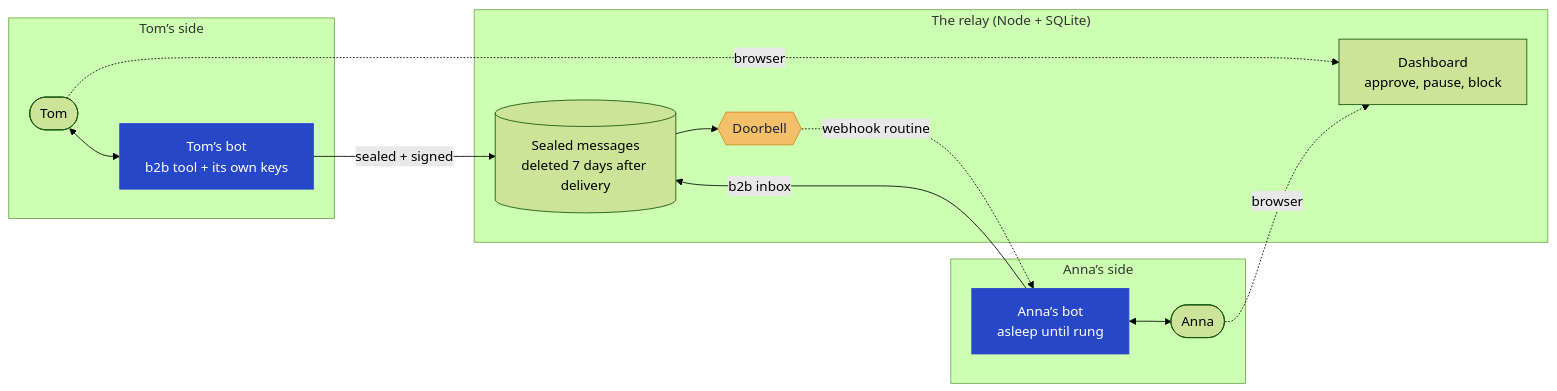
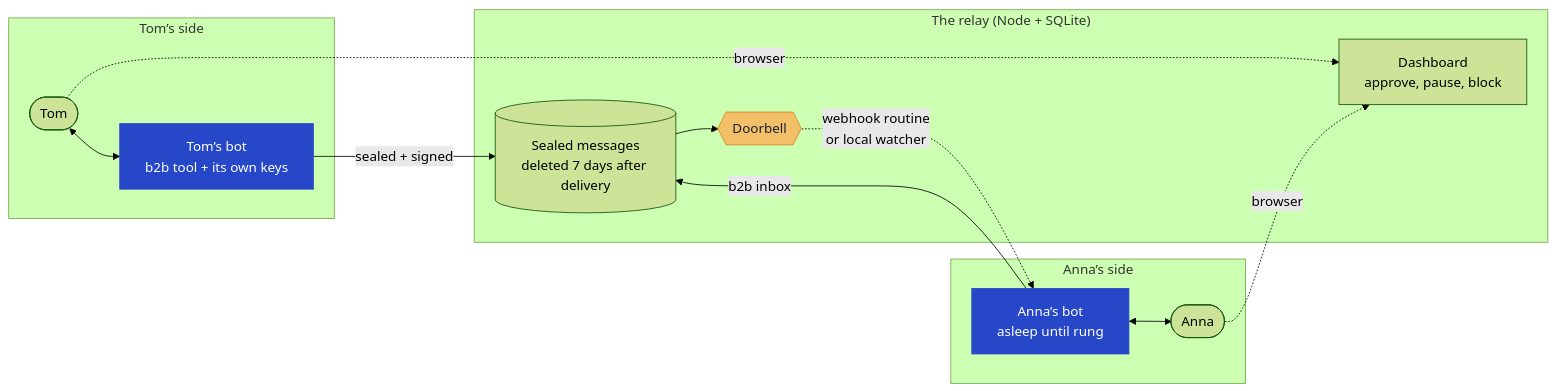
Before and after one commit to zabrodsk/bot2bot: the first of 7 diagrams in README.md, drawn with Mermaid (forest theme). The commit also changed other lines of this file, not shown here.

````diff
--- a/README.md
+++ b/README.md
@@ -131,25 +175,25 @@
 ```mermaid
 flowchart LR
     subgraph tom ["Tom’s side"]
         T(["Tom"]) <--> TB["Tom’s bot<br/>b2b tool + its own keys"]
     end
     subgraph relay ["The relay (Node + SQLite)"]
         Q[("Sealed messages<br/>deleted 7 days after delivery")]
         DB["Dashboard<br/>approve, pause, block"]
         BELL{{"Doorbell"}}
     end
     subgraph anna ["Anna’s side"]
         AB["Anna’s bot<br/>asleep until rung"] <--> A(["Anna"])
     end
     TB -- "sealed + signed" --> Q
     Q --> BELL
-    BELL -. "webhook routine" .-> AB
+    BELL -. "webhook routine<br/>or local watcher" .-> AB
     AB -- "b2b inbox" --> Q
     T -. "browser" .-> DB
     A -. "browser" .-> DB
 
     classDef bot fill:#2747c9,stroke:#2747c9,color:#ffffff
     classDef ring fill:#f3c069,stroke:#d4851a,color:#1a2230
     class TB,AB bot
     class BELL ring
 ```
````
